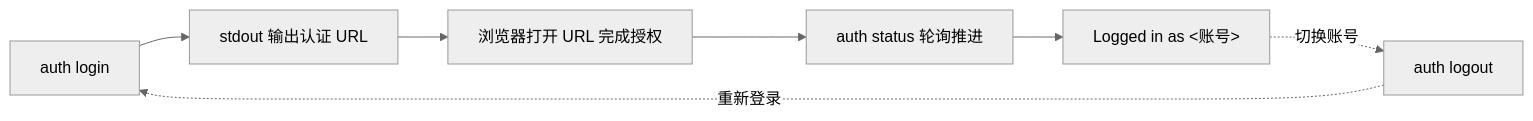
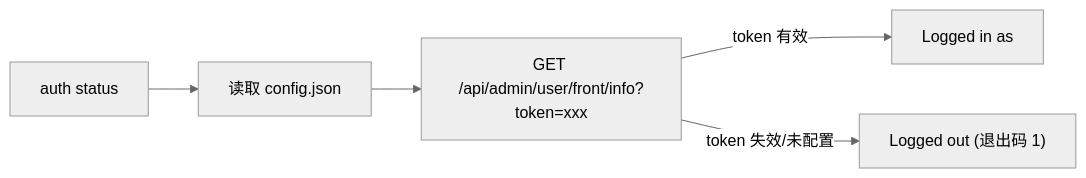
The diagram in skills/hypersku-auth/SKILL.md (ChiYouIc/hypersku-workspace-cli), drawn with Mermaid (neutral theme) before and after one commit. The commit also changed other lines of this file and 17 other files, not shown here.

First line of the commit message:
refactor(auth): 登录改为 token 校验模式，移除 Device Code Flow

````diff
--- a/skills/hypersku-auth/SKILL.md
+++ b/skills/hypersku-auth/SKILL.md
@@ -42,8 +42,7 @@
 ```mermaid
 flowchart LR
-    A[auth login] --> B[stdout 输出认证 URL]
-    B --> C[浏览器打开 URL 完成授权]
-    C --> D[auth status 轮询推进]
-    D --> E["Logged in as <账号>"]
-    E -.切换账号.-> F[auth logout] -.重新登录.-> A
+    A[auth status] --> B[读取 config.json]
+    B --> C["GET /api/admin/user/front/info?token=xxx"]
+    C -->|token 有效| D["Logged in as <username>"]
+    C -->|token 失效/未配置| E["Logged out (退出码 1)"]
 ```
````
